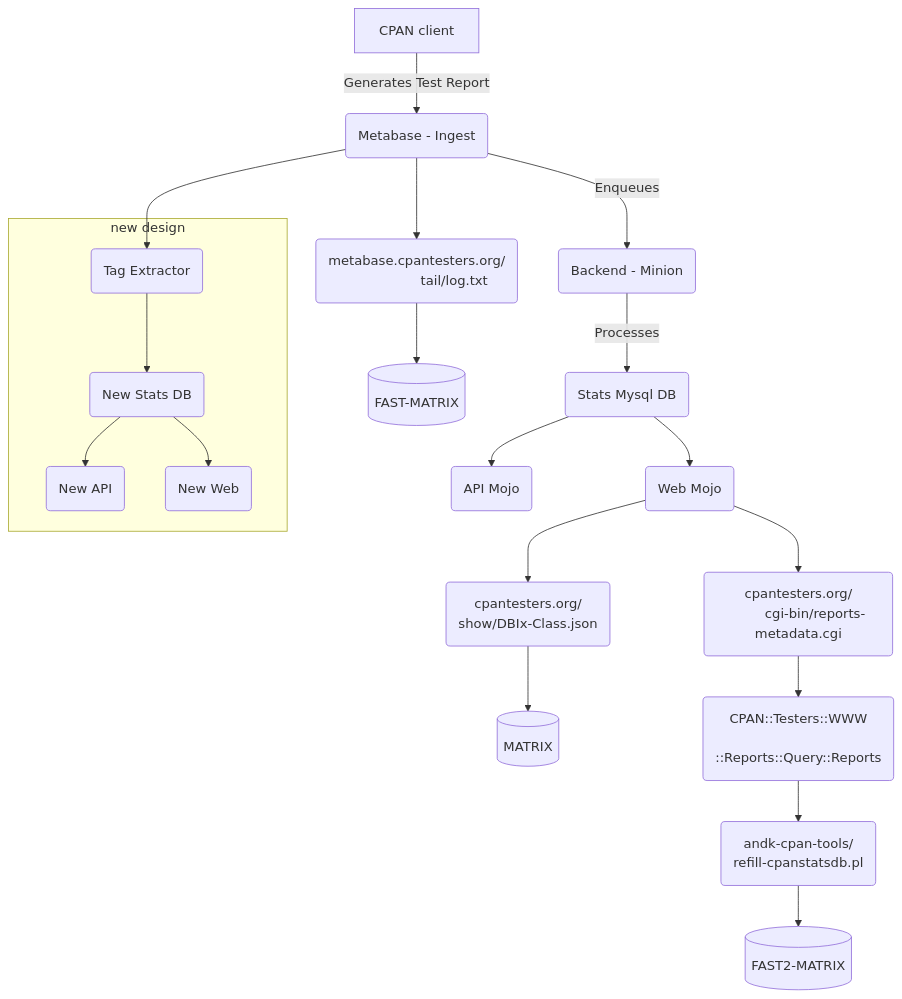
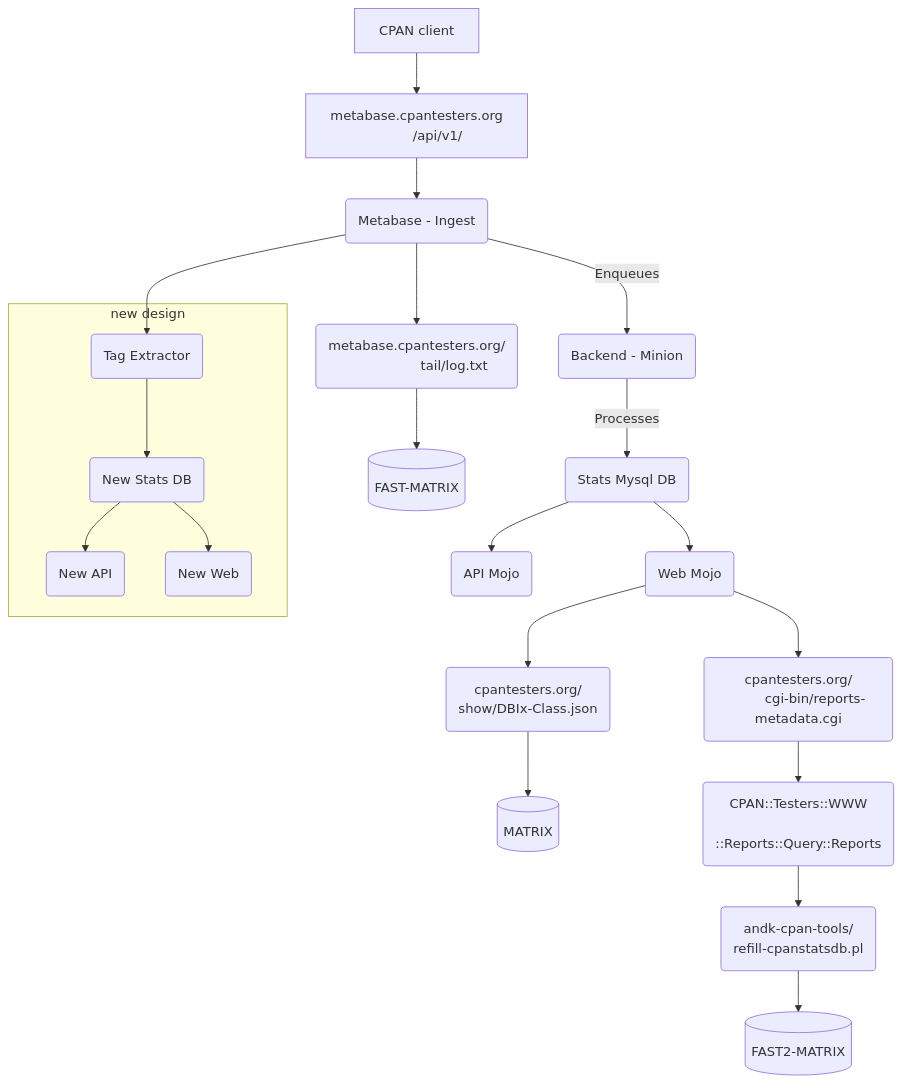
Before and after one commit to cpan-testers/cpantesters-inventory: the diagram in report_flow.md, drawn with Mermaid.

````diff
--- a/report_flow.md
+++ b/report_flow.md
@@ -3,30 +3,33 @@
 ```mermaid
 flowchart TD
-    A[CPAN client] -->|Generates Test Report| B(Metabase - Ingest)
+    A[CPAN client]
+      --> inurl[metabase.cpantesters.org
+          /api/v1/]
+      --> B(Metabase - Ingest)
       -->|Enqueues| C(Backend - Minion)
     C -->|Processes| D(Stats Mysql DB)
     D --> F(API Mojo)
     D --> G(Web Mojo)
 
     B --> taillog(metabase.cpantesters.org/
                   tail/log.txt) --> M1[(FAST-MATRIX)]
     
     G --> jrep(cpantesters.org/
                show/DBIx-Class.json)
       --> M2[(MATRIX)]
 
     G --> repmeta(cpantesters.org/
         cgi-bin/reports-metadata.cgi)
       --> qreports(CPAN::Testers::WWW
           ::Reports::Query::Reports)
       --> refill(andk-cpan-tools/
           refill-cpanstatsdb.pl)
       --> M3[(FAST2-MATRIX)]
     
     B --> H
     subgraph new design
         H(Tag Extractor) --> I(New Stats DB)
         I --> J(New API)
         I --> K(New Web)
     end
 ```
````
